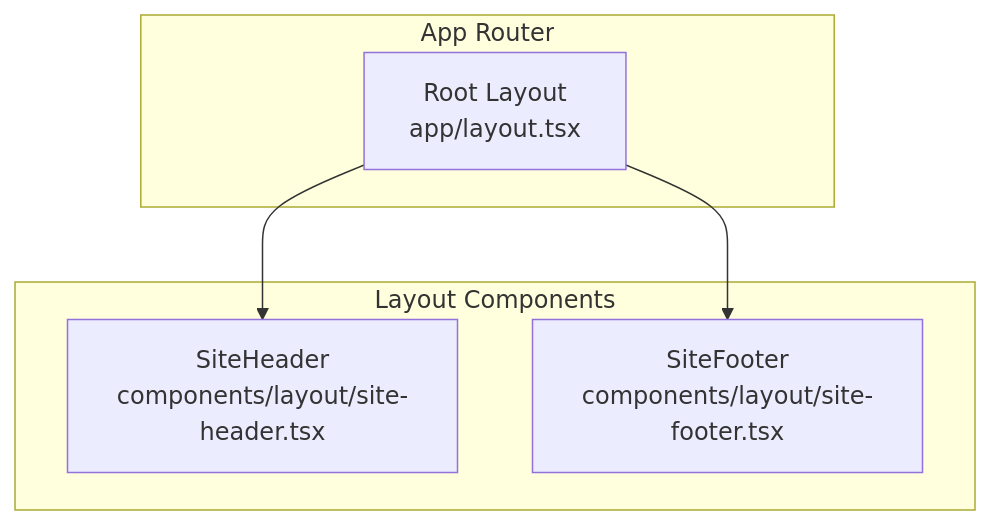
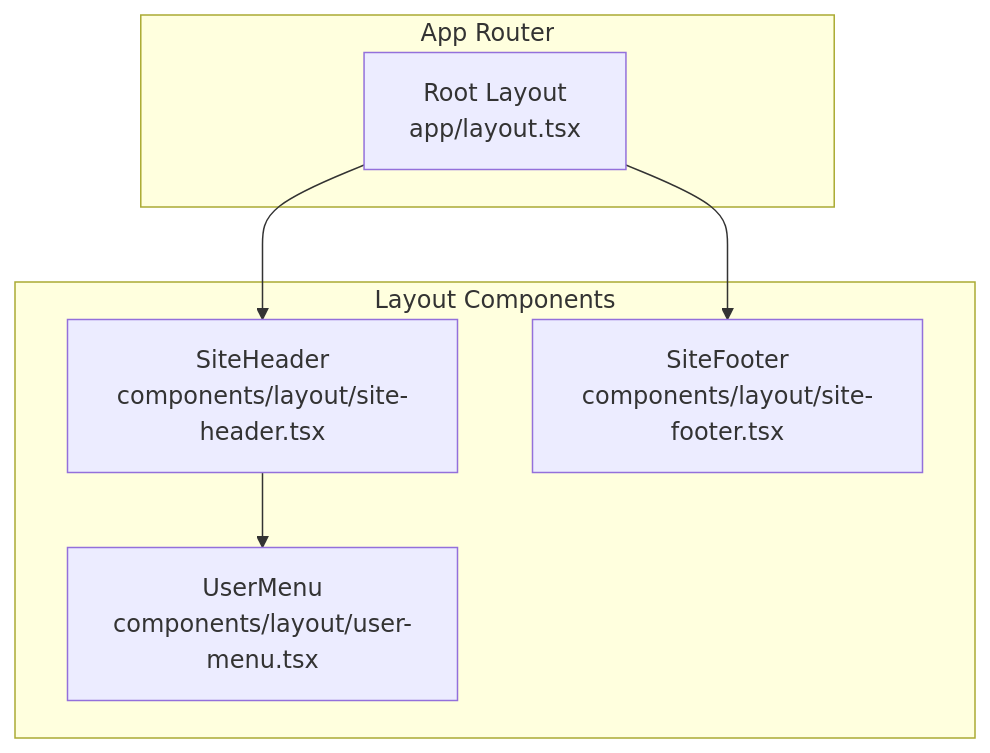
One commit to gyamposudodzi/Timberland changed the first of 6 diagrams in .qoder/repowiki/en/content/UI Components/Layout Components.md. Above: the diagram before and after it, drawn with Mermaid. The commit also changed other lines of this file and 78 other files, not shown here.

````diff
--- a/.qoder/repowiki/en/content/UI Components/Layout Components.md
+++ b/.qoder/repowiki/en/content/UI Components/Layout Components.md
@@ -35,12 +45,14 @@
 ```mermaid
 graph TB
 subgraph "App Router"
 RootLayout["Root Layout<br/>app/layout.tsx"]
 end
 subgraph "Layout Components"
 Header["SiteHeader<br/>components/layout/site-header.tsx"]
+UserMenu["UserMenu<br/>components/layout/user-menu.tsx"]
 Footer["SiteFooter<br/>components/layout/site-footer.tsx"]
 end
 RootLayout --> Header
+Header --> UserMenu
 RootLayout --> Footer
 ```
````
